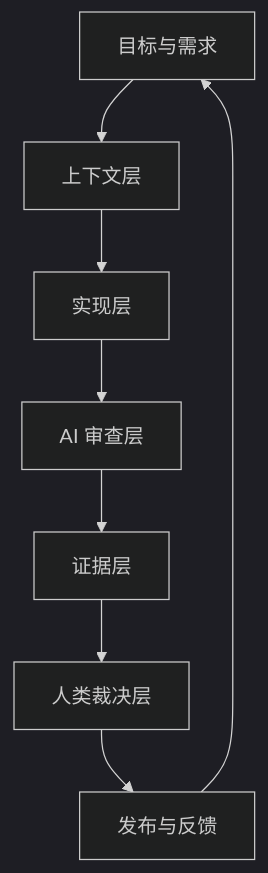
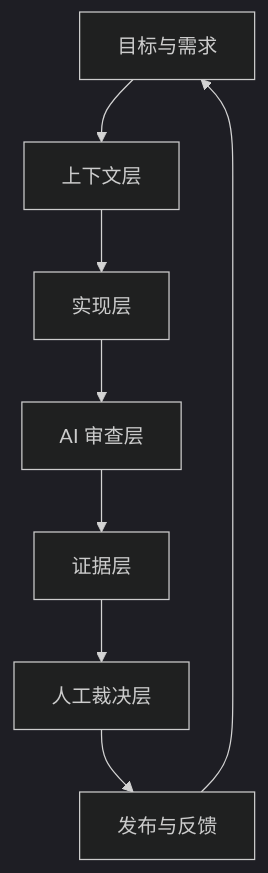
Before and after one commit to limecloud/aicoding: the diagram in docs/guide/operating-system.md, drawn with Mermaid (dark theme). The commit also changed other lines of this file and 49 other files, not shown here.

````diff
--- a/docs/guide/operating-system.md
+++ b/docs/guide/operating-system.md
@@ -7,10 +7,10 @@
 ```mermaid
 graph TD
   A[目标与需求] --> B[上下文层]
   B --> C[实现层]
   C --> D[AI 审查层]
   D --> E[证据层]
-  E --> F[人类裁决层]
+  E --> F[人工裁决层]
   F --> G[发布与反馈]
   G --> A
 ```
````
